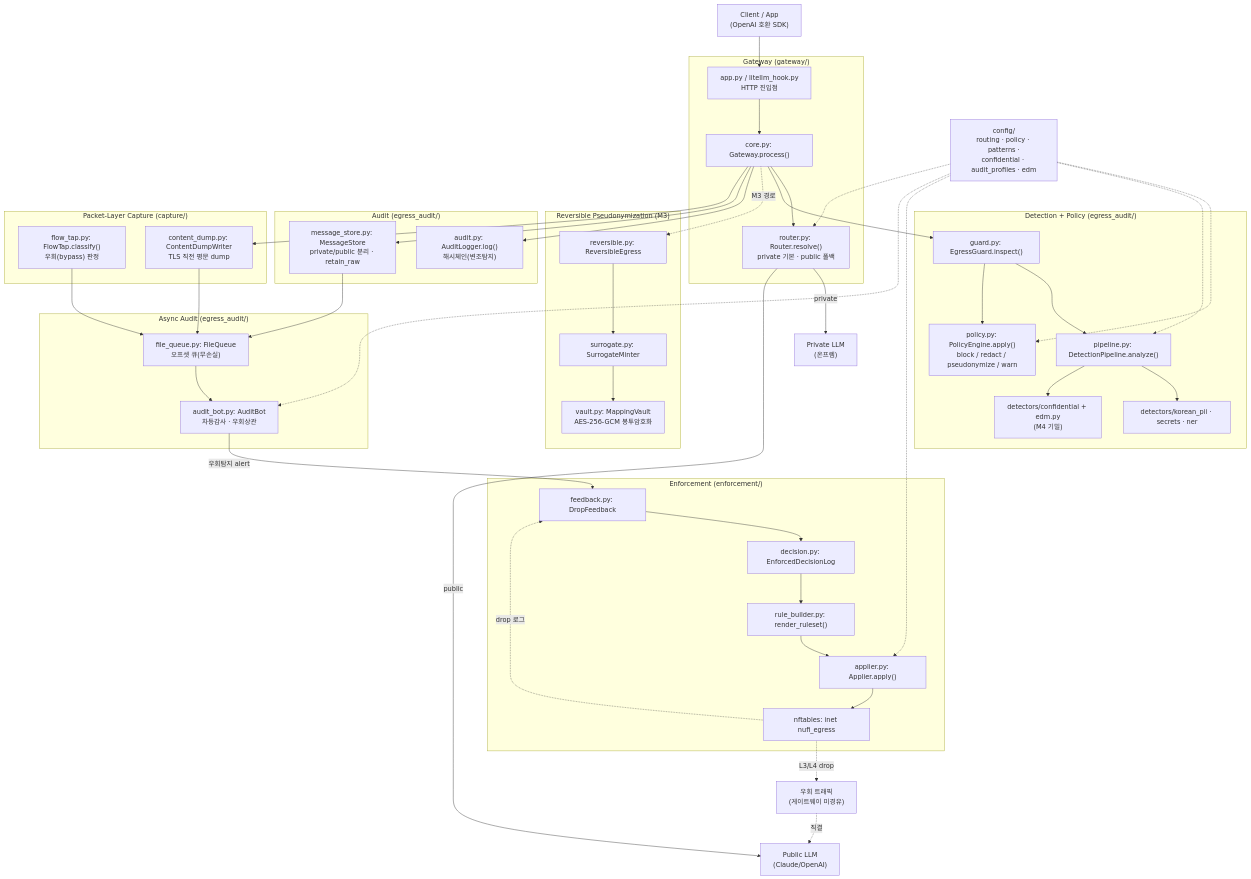
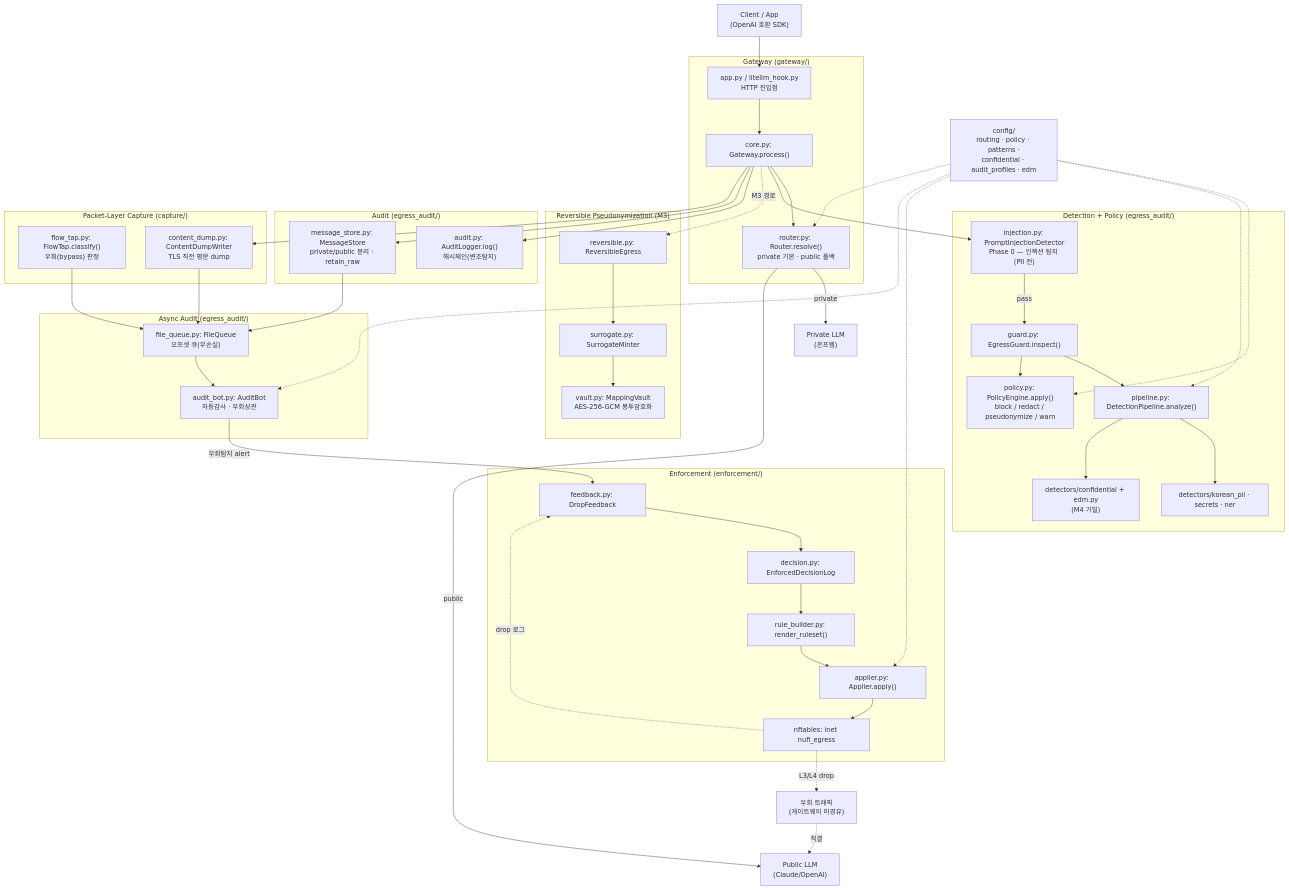
Before and after one commit to dudaji/nufi-security: the first of 5 diagrams in docs/ARCHITECTURE.md, drawn with Mermaid. The commit also changed other lines of this file and 2 other files, not shown here.

Commit message:
docs: ARCHITECTURE 인젝션 레이어 + CHANGELOG patch67~69 (patch70)
ARCHITECTURE.md Mermaid에 PromptInjectionDetector Phase 0 추가.
CHANGELOG patch67~69 엔트리. RELEASE_NOTES v0.4.17 최종 범위 갱신.

````diff
--- a/docs/ARCHITECTURE.md
+++ b/docs/ARCHITECTURE.md
@@ -30,80 +30,82 @@
 ```mermaid
 flowchart TB
   client["Client / App<br/>(OpenAI 호환 SDK)"]
 
   subgraph GW["Gateway (gateway/)"]
     app["app.py / litellm_hook.py<br/>HTTP 진입점"]
     core["core.py: Gateway.process()"]
     router["router.py: Router.resolve()<br/>private 기본 · public 폴백"]
   end
 
   subgraph DET["Detection + Policy (egress_audit/)"]
+    inj["injection.py: PromptInjectionDetector<br/>Phase 0 — 인젝션 탐지 (PII 전)"]
     guard["guard.py: EgressGuard.inspect()"]
     pipe["pipeline.py: DetectionPipeline.analyze()"]
     pii["detectors/korean_pii · secrets · ner"]
     conf["detectors/confidential + edm.py<br/>(M4 기밀)"]
     policy["policy.py: PolicyEngine.apply()<br/>block / redact / pseudonymize / warn"]
   end
 
   subgraph M3["Reversible Pseudonymization (M3)"]
     rev["reversible.py: ReversibleEgress"]
     sur["surrogate.py: SurrogateMinter"]
     vault["vault.py: MappingVault<br/>AES-256-GCM 봉투암호화"]
   end
 
   subgraph AUD["Audit (egress_audit/)"]
     audit["audit.py: AuditLogger.log()<br/>해시체인(변조탐지)"]
     store["message_store.py: MessageStore<br/>private/public 분리 · retain_raw"]
   end
 
   subgraph CAP["Packet-Layer Capture (capture/)"]
     flow["flow_tap.py: FlowTap.classify()<br/>우회(bypass) 판정"]
     dump["content_dump.py: ContentDumpWriter<br/>TLS 직전 평문 dump"]
   end
 
   subgraph BOT["Async Audit (egress_audit/)"]
     queue["file_queue.py: FileQueue<br/>오프셋 큐(무손실)"]
     bot["audit_bot.py: AuditBot<br/>차등감사 · 우회상관"]
   end
 
   subgraph ENF["Enforcement (enforcement/)"]
     feedback["feedback.py: DropFeedback"]
     decision["decision.py: EnforcedDecisionLog"]
     builder["rule_builder.py: render_ruleset()"]
     applier["applier.py: Applier.apply()"]
     nft["nftables: inet nufi_egress"]
   end
 
   cfg["config/<br/>routing · policy · patterns ·<br/>confidential · audit_profiles · edm"]
 
   upPriv["Private LLM<br/>(온프렘)"]
   upPub["Public LLM<br/>(Claude/OpenAI)"]
 
   client --> app --> core --> router
-  core --> guard --> pipe
+  core --> inj
+  inj -->|pass| guard --> pipe
   pipe --> pii
   pipe --> conf
   guard --> policy
   core -.M3 경로.-> rev --> sur --> vault
   core --> audit
   core --> store
   core --> dump
   router -->|private| upPriv
   router -->|public| upPub
 
   store --> queue
   dump --> queue
   flow --> queue
   queue --> bot
   bot -->|우회탐지 alert| feedback
   feedback --> decision --> builder --> applier --> nft
   nft -. drop 로그 .-> feedback
   bypassClient["우회 트래픽<br/>(게이트웨이 미경유)"] -.->|직결| upPub
   nft -. L3/L4 drop .-> bypassClient
 
   cfg -.-> router
   cfg -.-> policy
   cfg -.-> pipe
   cfg -.-> applier
   cfg -.-> bot
 ```
````
